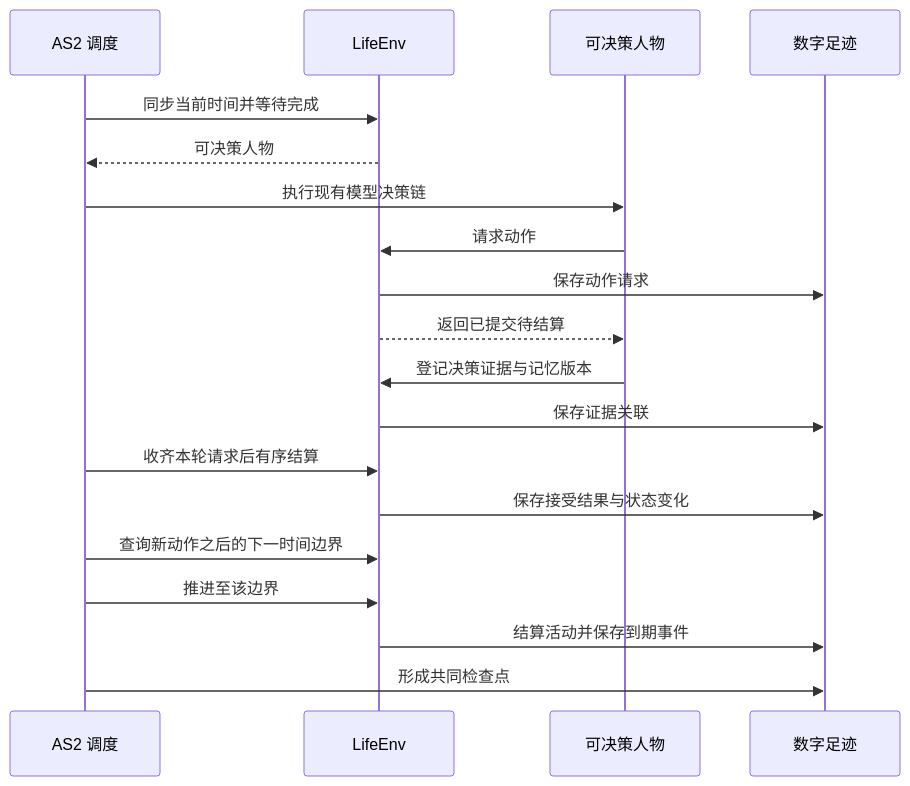
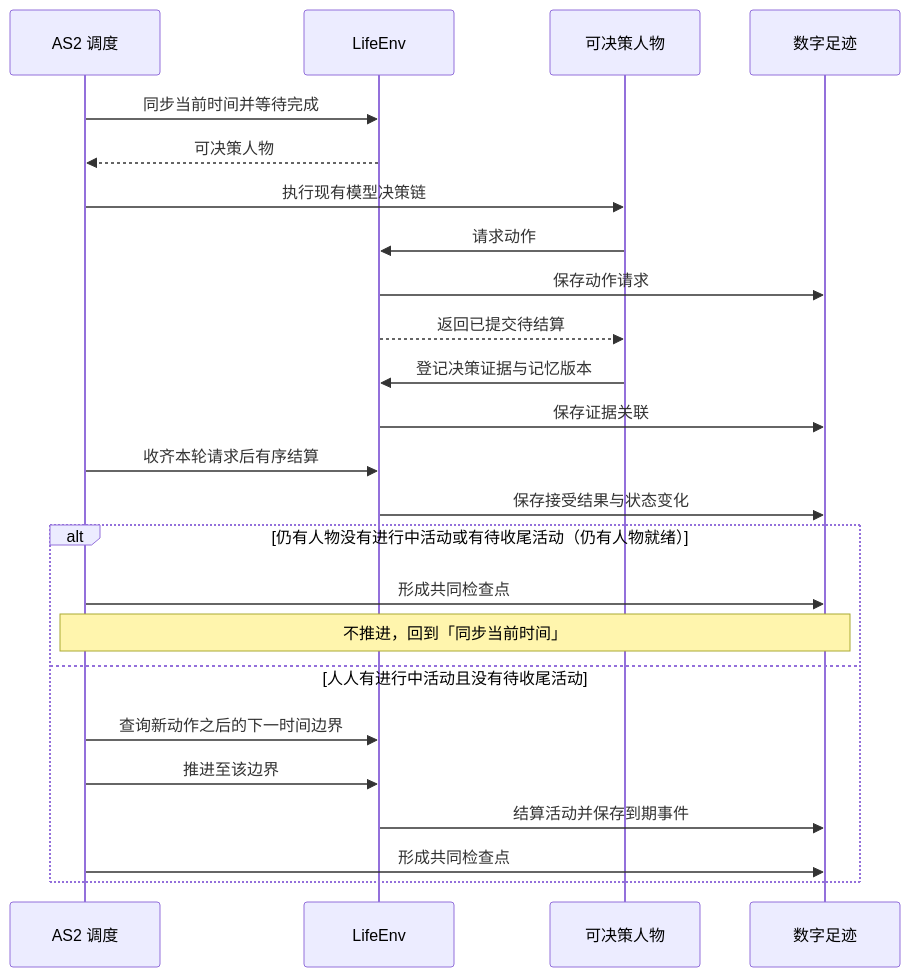
The first of 2 diagrams in docs/dev/SPEC-life-runtime.md (HoldThatThgt/WorldMock), drawn with Mermaid before and after one commit. The commit also changed other lines of this file and 28 other files, not shown here.

````diff
--- a/docs/dev/SPEC-life-runtime.md
+++ b/docs/dev/SPEC-life-runtime.md
@@ -47,21 +50,26 @@
 ```mermaid
 sequenceDiagram
     participant S as AS2 调度
     participant E as LifeEnv
     participant A as 可决策人物
     participant F as 数字足迹
     S->>E: 同步当前时间并等待完成
     E-->>S: 可决策人物
     S->>A: 执行现有模型决策链
     A->>E: 请求动作
     E->>F: 保存动作请求
     E-->>A: 返回已提交待结算
     A->>E: 登记决策证据与记忆版本
     E->>F: 保存证据关联
     S->>E: 收齐本轮请求后有序结算
     E->>F: 保存接受结果与状态变化
-    S->>E: 查询新动作之后的下一时间边界
-    S->>E: 推进至该边界
-    E->>F: 结算活动并保存到期事件
-    S->>F: 形成共同检查点
+    alt 仍有人物没有进行中活动或有待收尾活动（仍有人物就绪）
+        S->>F: 形成共同检查点
+        Note over S,F: 不推进，回到「同步当前时间」
+    else 人人有进行中活动且没有待收尾活动
+        S->>E: 查询新动作之后的下一时间边界
+        S->>E: 推进至该边界
+        E->>F: 结算活动并保存到期事件
+        S->>F: 形成共同检查点
+    end
 ```
````
